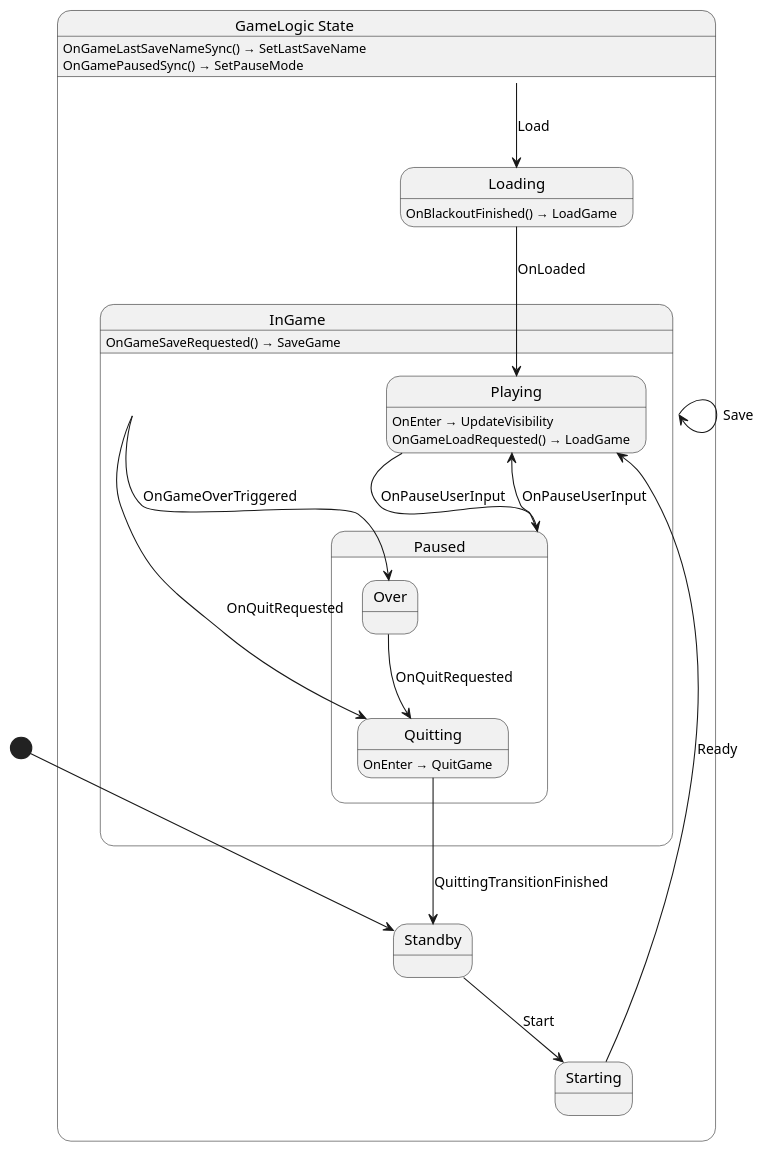
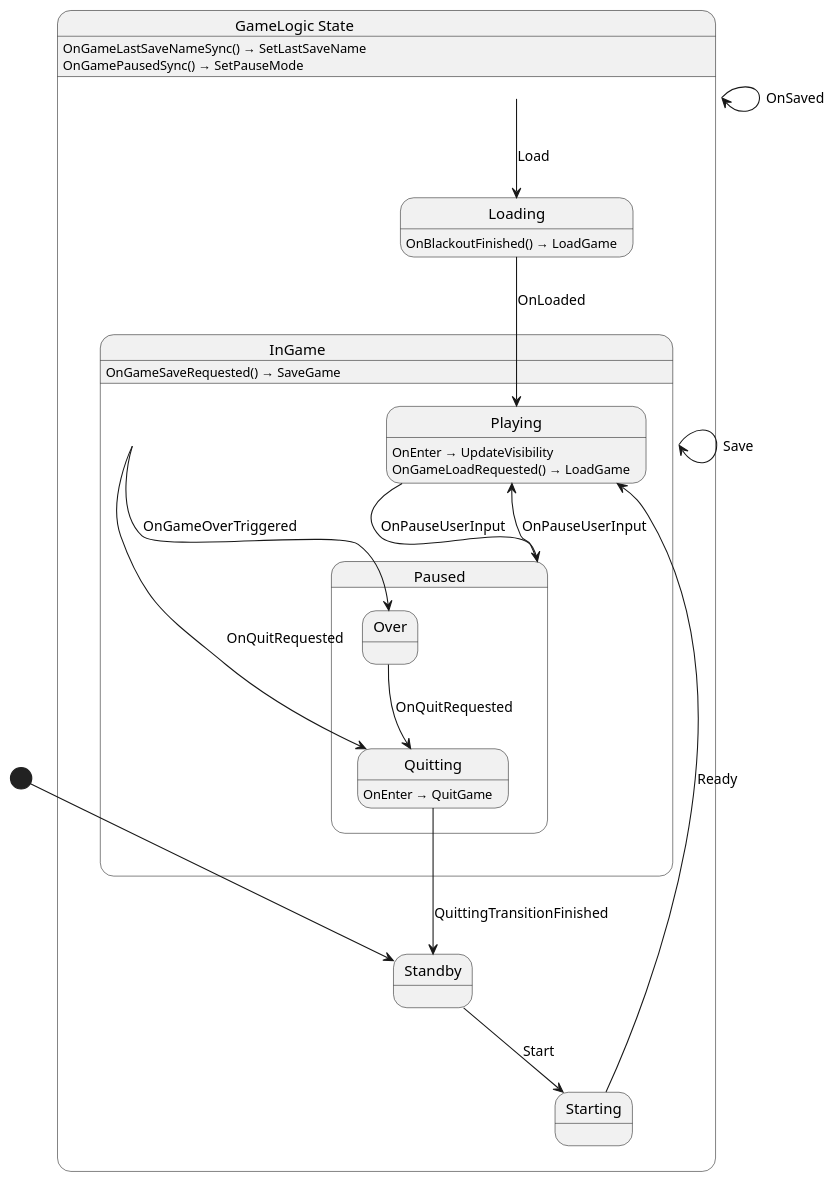
Before and after one commit to nilsiker/yolk: the diagram in Yolk.Logic/Game/GameLogic.g.puml, drawn with PlantUML. The commit also changed 18 other files, not shown here.

```diff
--- a/Yolk.Logic/Game/GameLogic.g.puml
+++ b/Yolk.Logic/Game/GameLogic.g.puml
@@ -1,36 +1,37 @@
 @startuml GameLogic
 state "GameLogic State" as Yolk_Game_GameLogic_State {
   state "InGame" as Yolk_Game_GameLogic_State_InGame {
     state "Paused" as Yolk_Game_GameLogic_State_InGame_Paused {
       state "Over" as Yolk_Game_GameLogic_State_InGame_Paused_Over
       state "Quitting" as Yolk_Game_GameLogic_State_InGame_Paused_Quitting
     }
     state "Playing" as Yolk_Game_GameLogic_State_InGame_Playing
   }
   state "Loading" as Yolk_Game_GameLogic_State_Loading
   state "Standby" as Yolk_Game_GameLogic_State_Standby
   state "Starting" as Yolk_Game_GameLogic_State_Starting
 }
 
+Yolk_Game_GameLogic_State --> Yolk_Game_GameLogic_State : OnSaved
 Yolk_Game_GameLogic_State --> Yolk_Game_GameLogic_State_Loading : Load
 Yolk_Game_GameLogic_State_InGame --> Yolk_Game_GameLogic_State_InGame : Save
 Yolk_Game_GameLogic_State_InGame --> Yolk_Game_GameLogic_State_InGame_Paused_Over : OnGameOverTriggered
 Yolk_Game_GameLogic_State_InGame --> Yolk_Game_GameLogic_State_InGame_Paused_Quitting : OnQuitRequested
 Yolk_Game_GameLogic_State_InGame_Paused --> Yolk_Game_GameLogic_State_InGame_Playing : OnPauseUserInput
 Yolk_Game_GameLogic_State_InGame_Paused_Over --> Yolk_Game_GameLogic_State_InGame_Paused_Quitting : OnQuitRequested
 Yolk_Game_GameLogic_State_InGame_Paused_Quitting --> Yolk_Game_GameLogic_State_Standby : QuittingTransitionFinished
 Yolk_Game_GameLogic_State_InGame_Playing --> Yolk_Game_GameLogic_State_InGame_Paused : OnPauseUserInput
 Yolk_Game_GameLogic_State_Loading --> Yolk_Game_GameLogic_State_InGame_Playing : OnLoaded
 Yolk_Game_GameLogic_State_Standby --> Yolk_Game_GameLogic_State_Starting : Start
 Yolk_Game_GameLogic_State_Starting --> Yolk_Game_GameLogic_State_InGame_Playing : Ready
 
 Yolk_Game_GameLogic_State : OnGameLastSaveNameSync() → SetLastSaveName
 Yolk_Game_GameLogic_State : OnGamePausedSync() → SetPauseMode
 Yolk_Game_GameLogic_State_InGame : OnGameSaveRequested() → SaveGame
 Yolk_Game_GameLogic_State_InGame_Paused_Quitting : OnEnter → QuitGame
 Yolk_Game_GameLogic_State_InGame_Playing : OnEnter → UpdateVisibility
 Yolk_Game_GameLogic_State_InGame_Playing : OnGameLoadRequested() → LoadGame
 Yolk_Game_GameLogic_State_Loading : OnBlackoutFinished() → LoadGame
 
 [*] --> Yolk_Game_GameLogic_State_Standby
 @enduml
```
